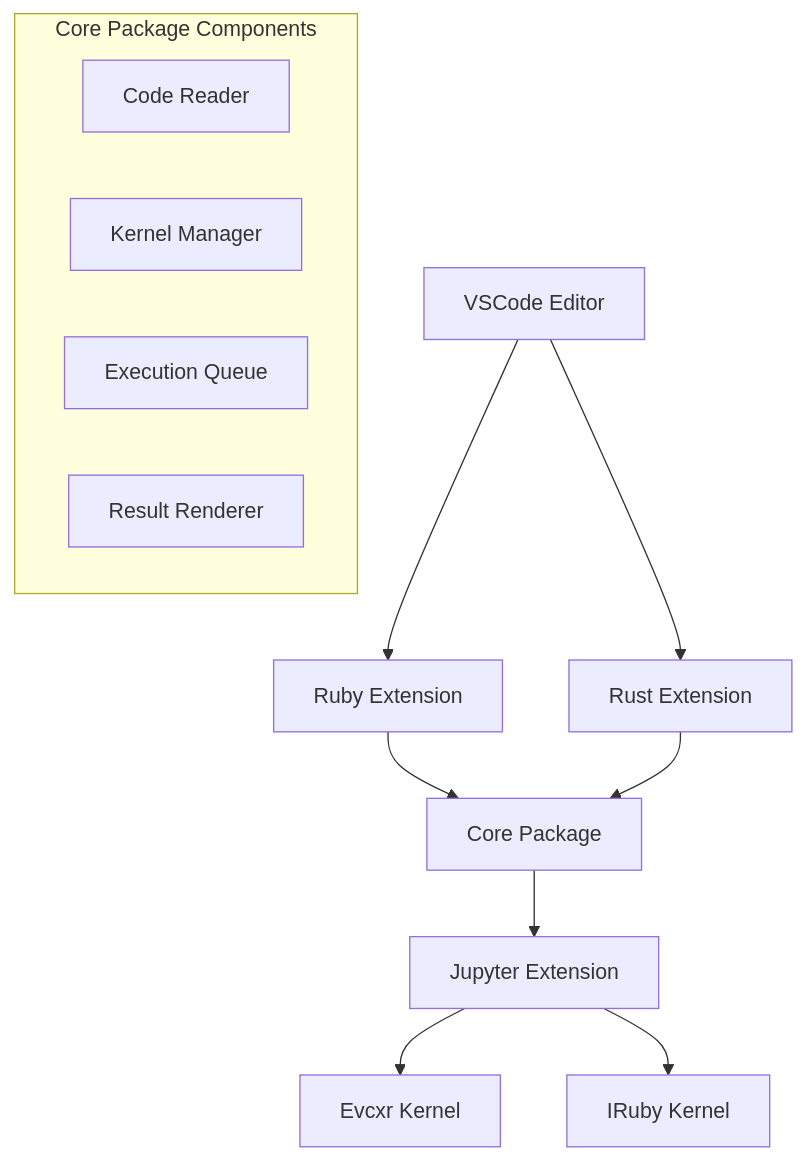
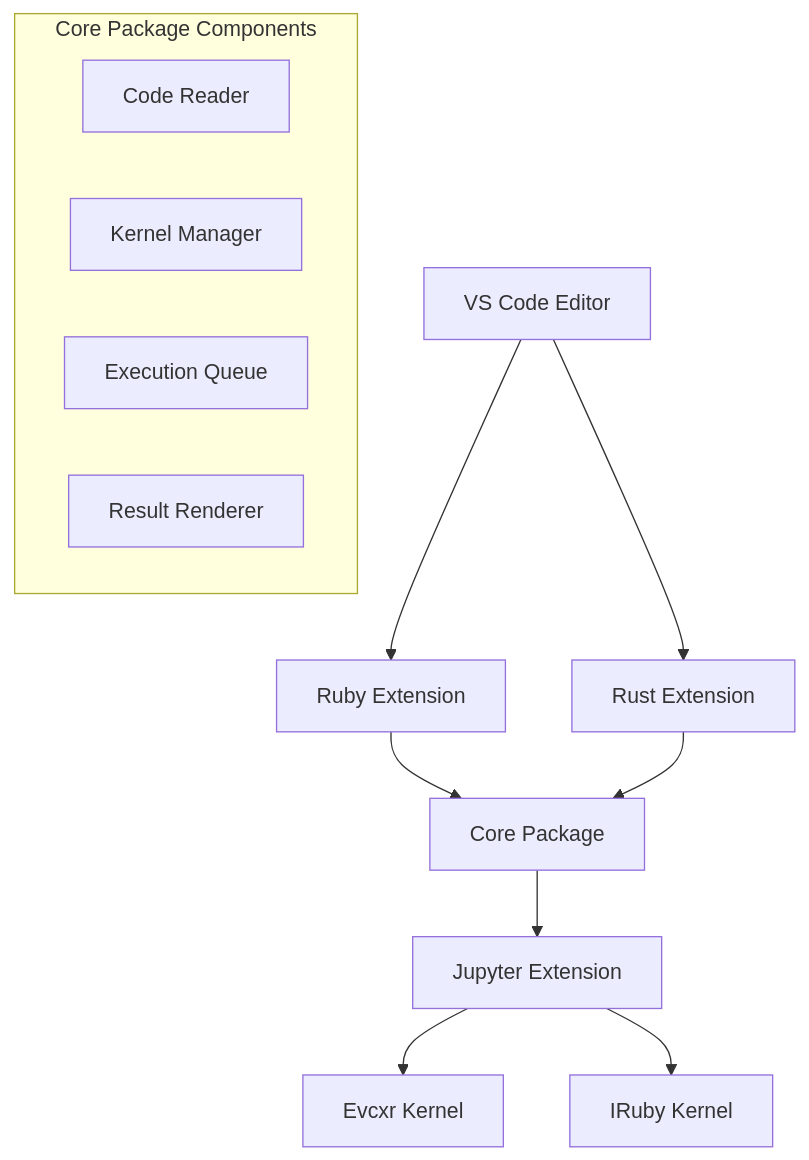
The first of 2 diagrams in articles/73aab10616892d.md (mh-mobile/zenn_docs), drawn with Mermaid before and after one commit. The commit also changed other lines of this file, not shown here.

````diff
--- a/articles/73aab10616892d.md
+++ b/articles/73aab10616892d.md
@@ -556,22 +550,22 @@
 ```mermaid
 graph TB
-    VSCode[VSCode Editor]
+    VSCode[VS Code Editor]
     Core[Core Package]
     Ruby[Ruby Extension]
     Rust[Rust Extension]
     Jupyter[Jupyter Extension]
     Evcxr[Evcxr Kernel]
     IRuby[IRuby Kernel]
 
     subgraph Core Package Components
         CodeReader[Code Reader]
         KernelManager[Kernel Manager]
         ExecutionQueue[Execution Queue]
         ResultRenderer[Result Renderer]
     end
 
     VSCode --> Ruby & Rust
     Ruby & Rust --> Core
     Core --> Jupyter
     Jupyter --> Evcxr & IRuby
 ```
````
